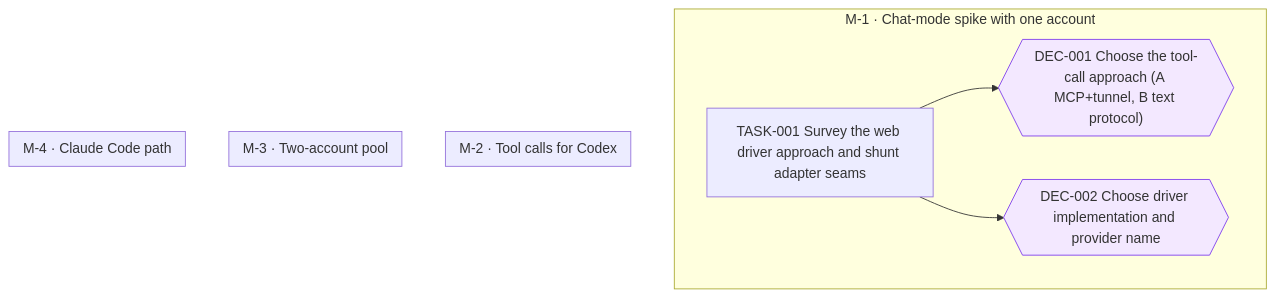
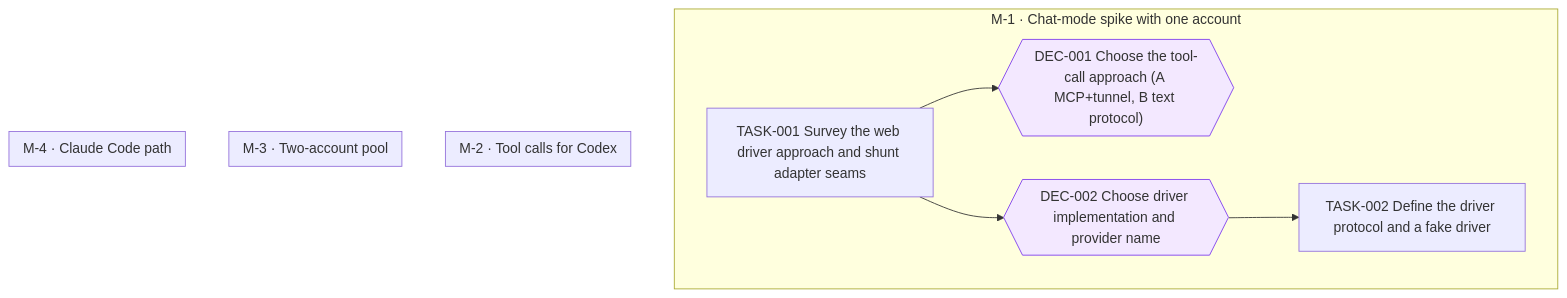
One commit to jesusvillota/shunt changed the diagram in goals/chatgptweb-provider/README.md. Above: the diagram before and after it, drawn with Mermaid. The commit also changed 1 other file, not shown here.

Commit message:
goal(chatgptweb-provider): add TASK-002 Define the driver protocol and a fake driver

````diff
--- a/goals/chatgptweb-provider/README.md
+++ b/goals/chatgptweb-provider/README.md
@@ -132,21 +132,23 @@
 ```mermaid
 flowchart TD
   subgraph M_1["M-1 · Chat-mode spike with one account"]
     DEC_001{{"DEC-001 Choose the tool-call approach (A MCP+tunnel, B text protocol)"}}
     DEC_002{{"DEC-002 Choose driver implementation and provider name"}}
     TASK_001["TASK-001 Survey the web driver approach and shunt adapter seams"]
+    TASK_002["TASK-002 Define the driver protocol and a fake driver"]
   end
   subgraph M_2["M-2 · Tool calls for Codex"]
   end
   subgraph M_3["M-3 · Two-account pool"]
   end
   subgraph M_4["M-4 · Claude Code path"]
   end
   TASK_001 --> DEC_001
   TASK_001 --> DEC_002
+  DEC_002 --> TASK_002
   classDef draft stroke-dasharray: 4 3
   classDef cancelled opacity:0.45
   classDef decision fill:#f3e8ff,stroke:#7c3aed
   class DEC_001 decision
   class DEC_002 decision
 ```
````
